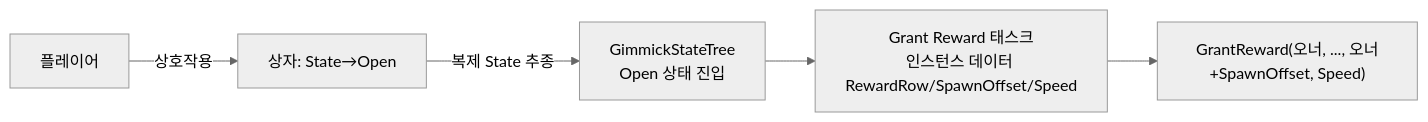
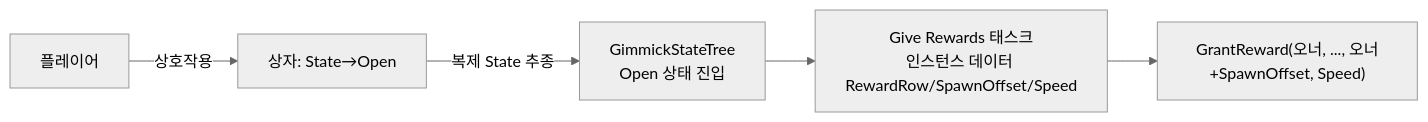
The third of 3 diagrams in Docs/Programmer/Reward_Grant_Flow.md (Woogl/ProjectWx), drawn with Mermaid (neutral theme) before and after one commit. The commit also changed other lines of this file and 9 other files, not shown here.

Commit message:
StateTree 태스크 GrantReward를 GiveRewards로 리네임

````diff
--- a/Docs/Programmer/Reward_Grant_Flow.md
+++ b/Docs/Programmer/Reward_Grant_Flow.md
@@ -124,7 +124,7 @@
 ```mermaid
 flowchart LR
     Player["플레이어"] -->|상호작용| Chest["상자: State→Open"]
     Chest -->|복제 State 추종| ST["GimmickStateTree<br/>Open 상태 진입"]
-    ST --> Task["Grant Reward 태스크<br/>인스턴스 데이터 RewardRow/SpawnOffset/Speed"]
+    ST --> Task["Give Rewards 태스크<br/>인스턴스 데이터 RewardRow/SpawnOffset/Speed"]
     Task --> L["GrantReward(오너, ..., 오너+SpawnOffset, Speed)"]
 ```
````
